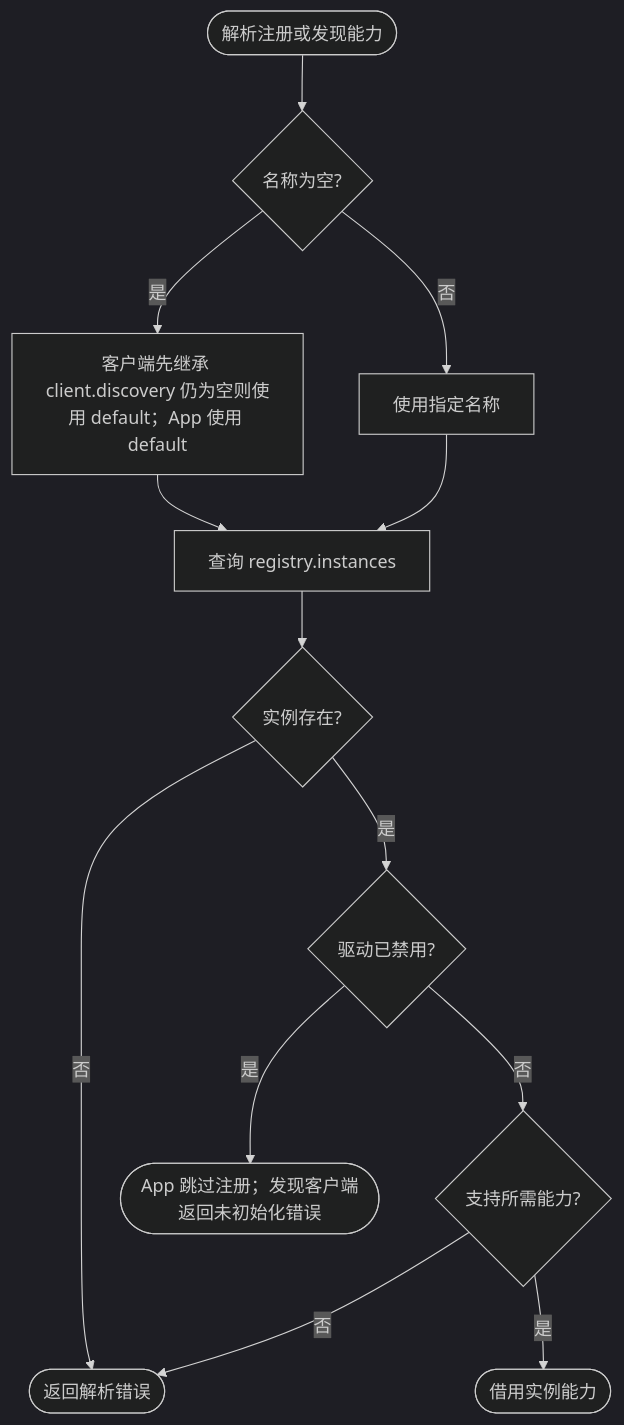
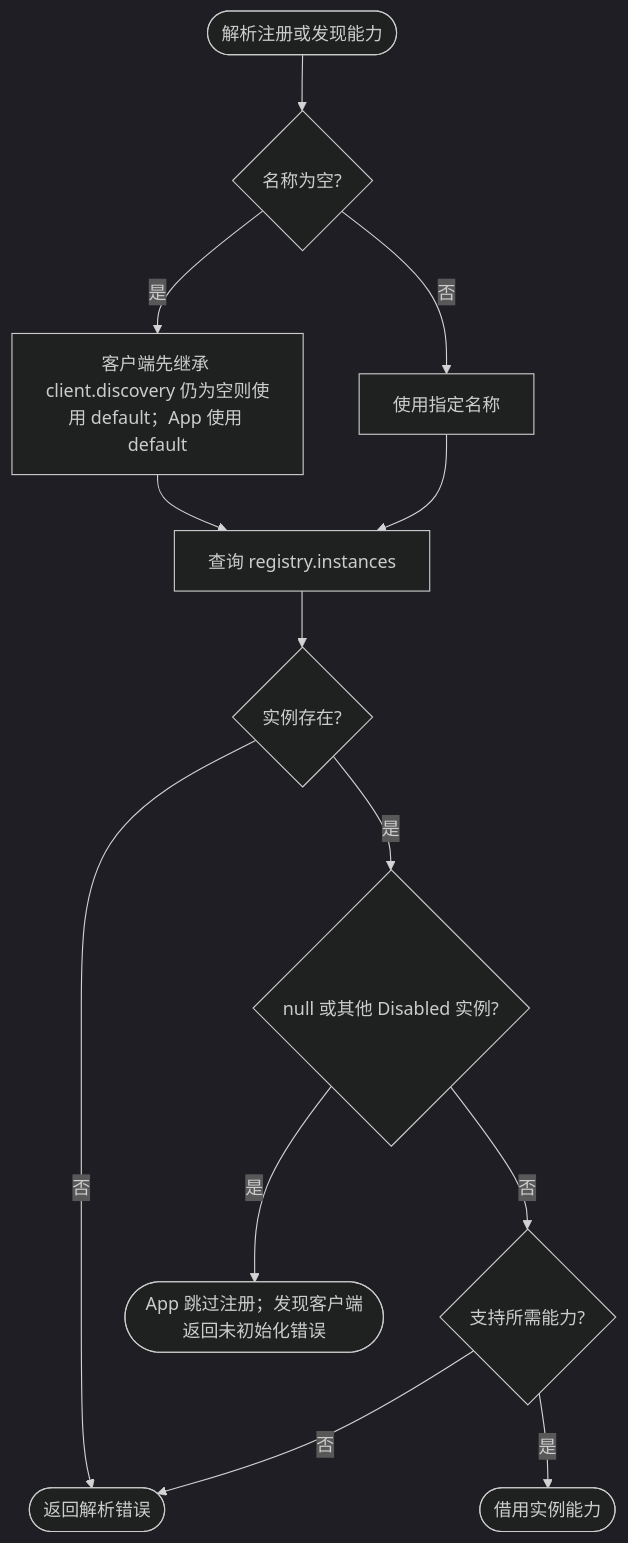
One commit to jaggerzhuang1994/kratos-foundation changed the second of 2 diagrams in pkg/registry/README.md. Above: the diagram before and after it, drawn with Mermaid (dark theme). The commit also changed other lines of this file and 59 other files, not shown here.

````diff
--- a/pkg/registry/README.md
+++ b/pkg/registry/README.md
@@ -83,15 +109,15 @@
 ```mermaid
 flowchart TD
  A([解析注册或发现能力]) --> B{名称为空?}
  B -- 是 --> C[客户端先继承 client.discovery 仍为空则使用 default；App 使用 default]
  B -- 否 --> D[使用指定名称]
  C --> E[查询 registry.instances]
  D --> E
  E --> F{实例存在?}
  F -- 否 --> G([返回解析错误])
- F -- 是 --> H{驱动已禁用?}
+ F -- 是 --> H{null 或其他 Disabled 实例?}
  H -- 否 --> K{支持所需能力?}
  K -- 是 --> I([借用实例能力])
  K -- 否 --> G
  H -- 是 --> J([App 跳过注册；发现客户端返回未初始化错误])
 ```
````
